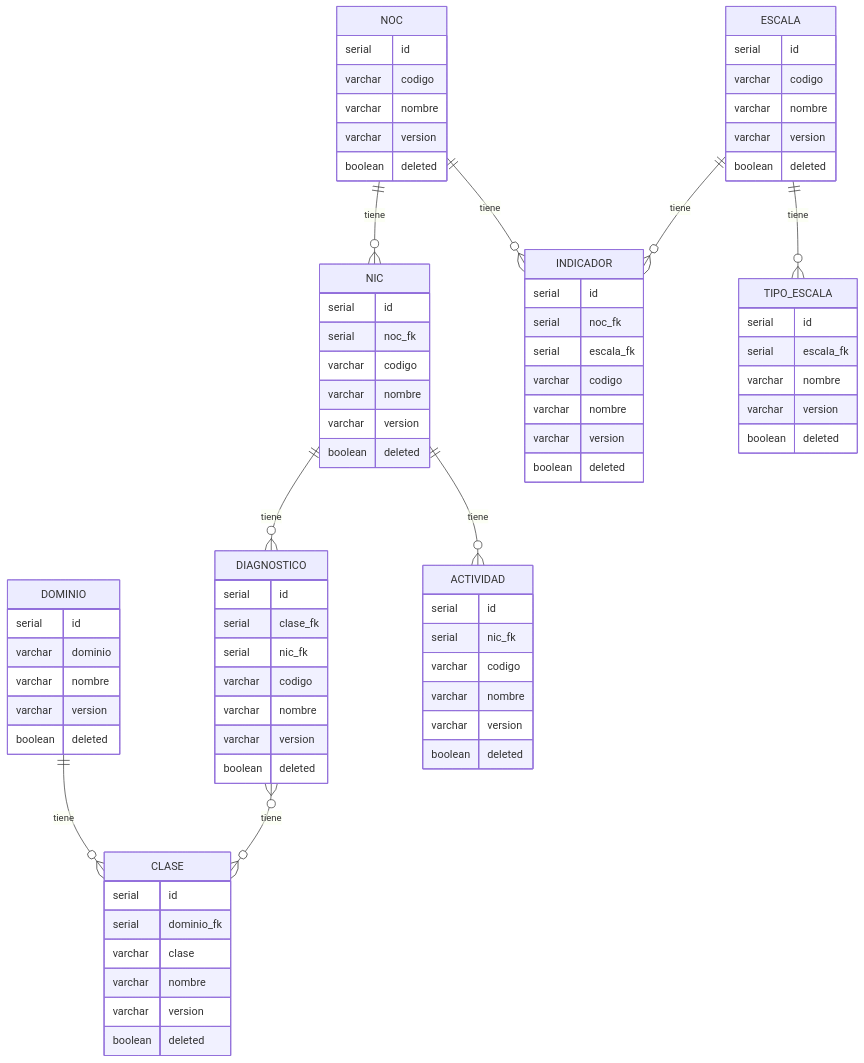
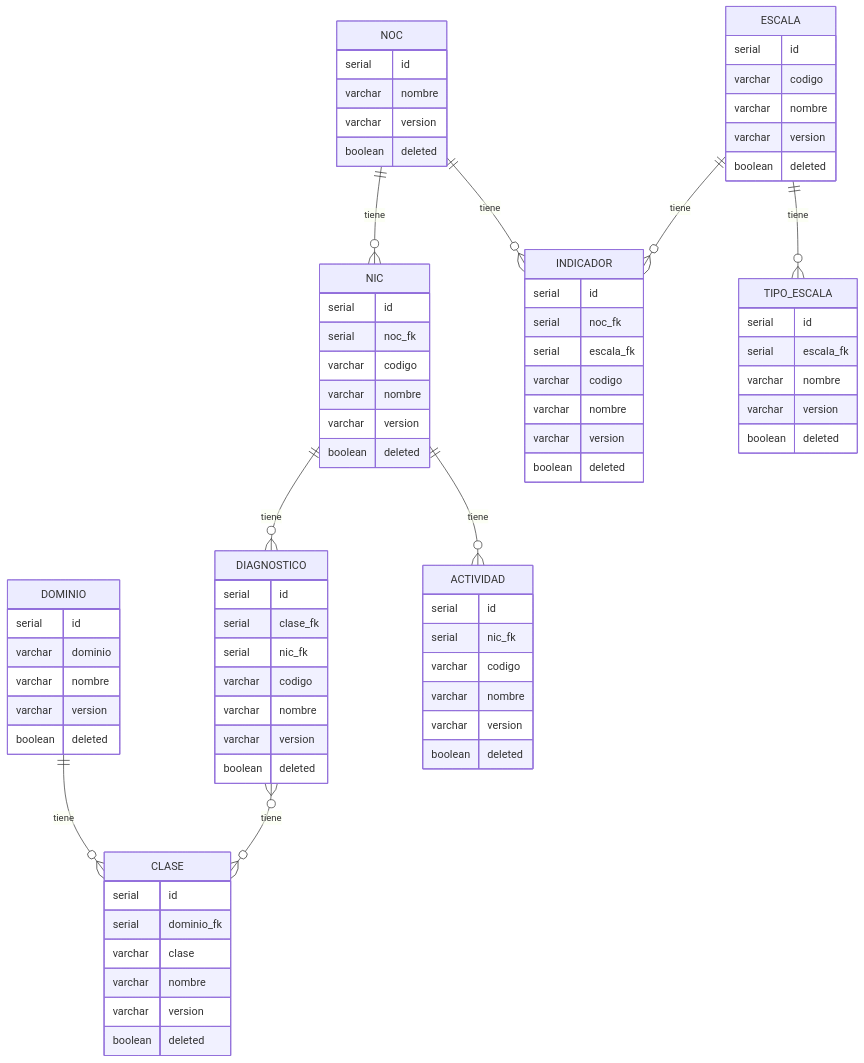
One commit to gaspect/binacle changed the diagram in assets/doc/mer.md. Above: the diagram before and after it, drawn with Mermaid. The commit also changed other lines of this file and 7 other files, not shown here.

```diff
--- a/assets/doc/mer.md
+++ b/assets/doc/mer.md
@@ -52,7 +52,6 @@
      }
      NOC{
          serial id
-         varchar codigo
          varchar nombre
          varchar version
          boolean deleted
```
